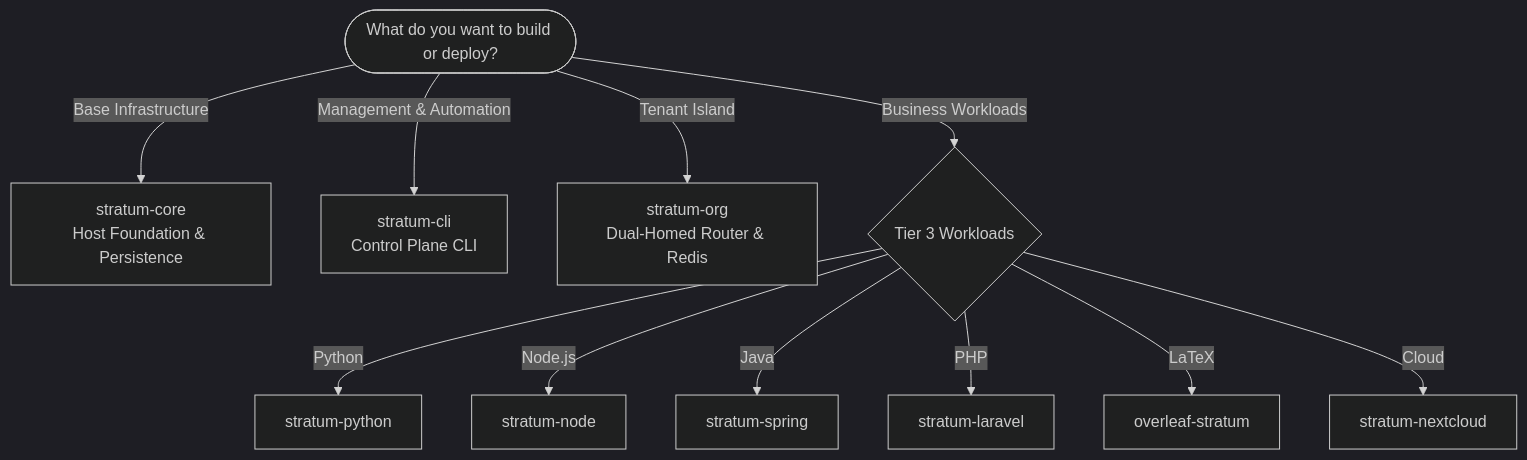
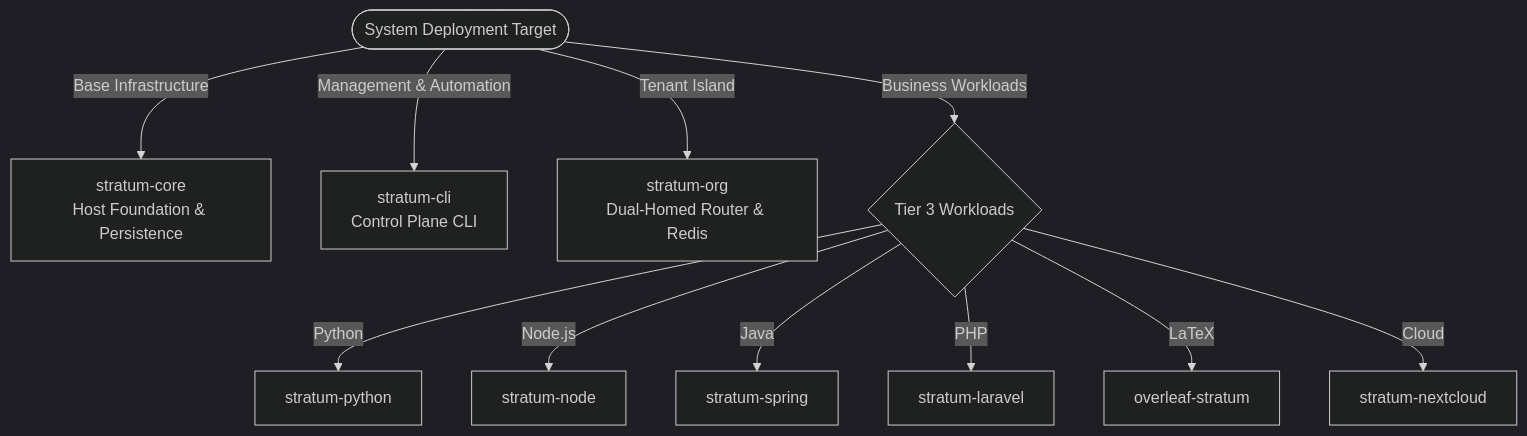
One commit to isora-cloud-group/stratum-hub changed the first of 4 diagrams in README.md. Above: the diagram before and after it, drawn with Mermaid (dark theme). The commit also changed other lines of this file and 7 other files, not shown here.

````diff
--- a/README.md
+++ b/README.md
@@ -46,16 +46,16 @@
 ```mermaid
 flowchart TD
-    START(["What do you want to build or deploy?"])
+    START(["System Deployment Target"])
     
     START -->|"Base Infrastructure"| CORE["stratum-core<br/>Host Foundation & Persistence"]
     START -->|"Management & Automation"| CLI["stratum-cli<br/>Control Plane CLI"]
     START -->|"Tenant Island"| ORG["stratum-org<br/>Dual-Homed Router & Redis"]
     START -->|"Business Workloads"| APPS{"Tier 3 Workloads"}
     
     APPS -->|"Python"| W_PY["stratum-python"]
     APPS -->|"Node.js"| W_JS["stratum-node"]
     APPS -->|"Java"| W_JV["stratum-spring"]
     APPS -->|"PHP"| W_PHP["stratum-laravel"]
     APPS -->|"LaTeX"| W_TEX["overleaf-stratum"]
     APPS -->|"Cloud"| W_NC["stratum-nextcloud"]
 ```
````
